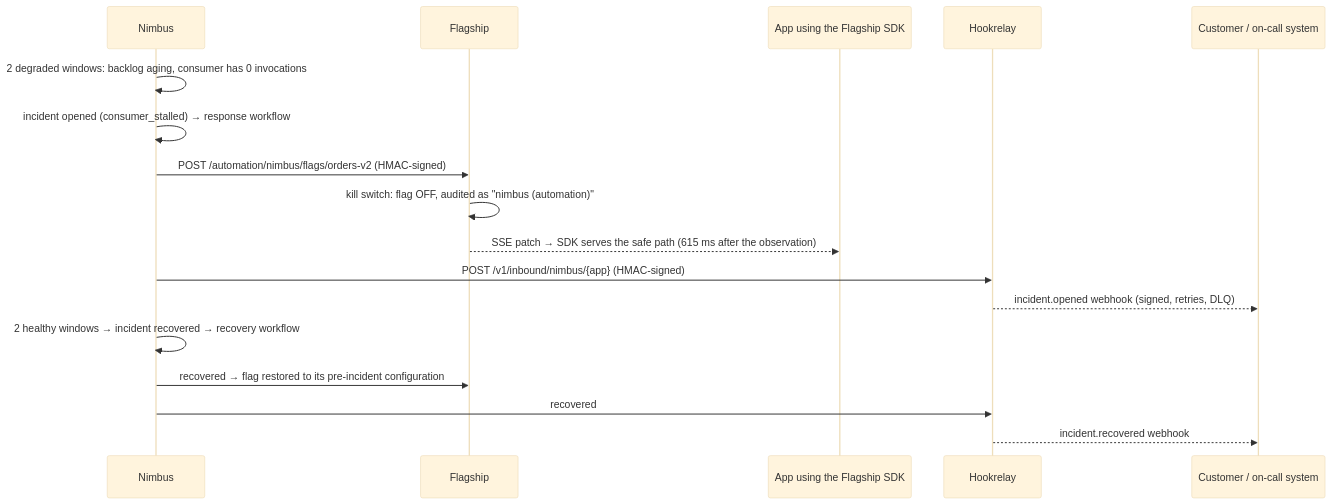
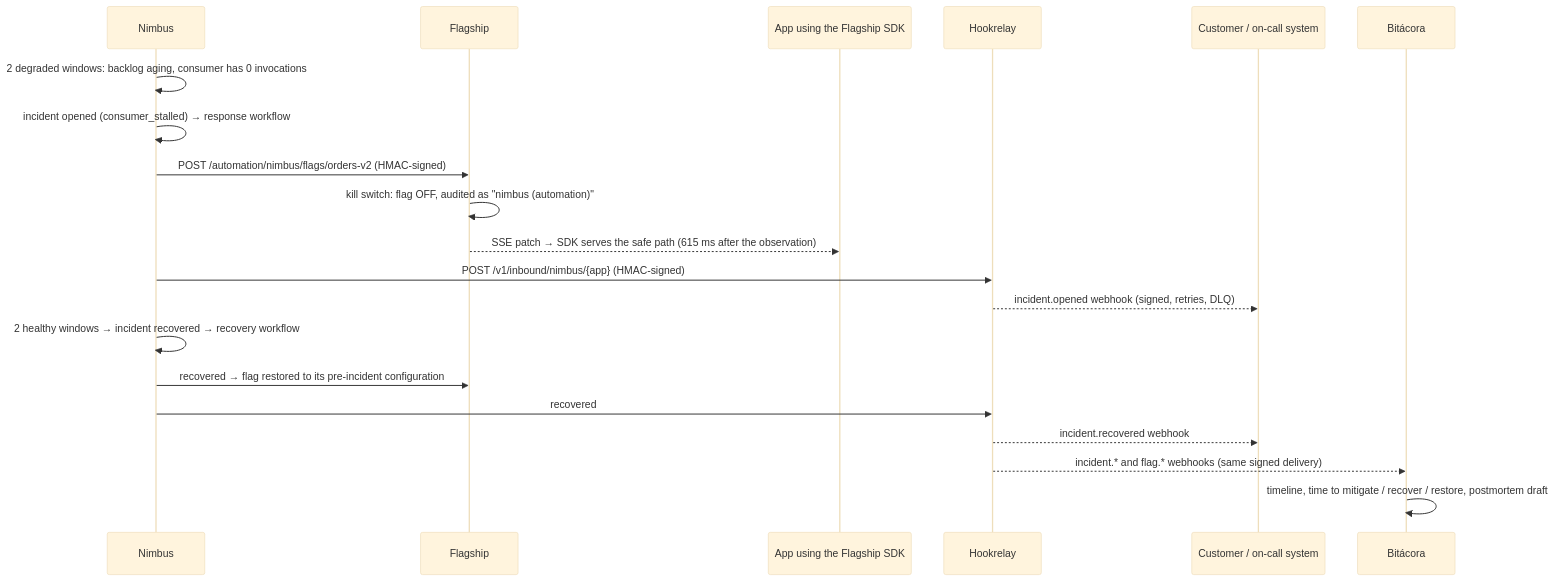
The diagram in README.md (DRTX2/atalaya), drawn with Mermaid (base theme) before and after one commit. The commit also changed other lines of this file and 6 other files, not shown here.

First line of the commit message:
Add Bitácora: the loop is now detect, mitigate, notify, recover, learn

````diff
--- a/README.md
+++ b/README.md
@@ -17,19 +18,22 @@
 ```mermaid
 sequenceDiagram
   participant N as Nimbus
   participant F as Flagship
   participant S as App using the Flagship SDK
   participant H as Hookrelay
   participant C as Customer / on-call system
   N->>N: 2 degraded windows: backlog aging, consumer has 0 invocations
   N->>N: incident opened (consumer_stalled) → response workflow
   N->>F: POST /automation/nimbus/flags/orders-v2 (HMAC-signed)
   F->>F: kill switch: flag OFF, audited as "nimbus (automation)"
   F-->>S: SSE patch → SDK serves the safe path (615 ms after the observation)
   N->>H: POST /v1/inbound/nimbus/{app} (HMAC-signed)
   H-->>C: incident.opened webhook (signed, retries, DLQ)
   N->>N: 2 healthy windows → incident recovered → recovery workflow
   N->>F: recovered → flag restored to its pre-incident configuration
   N->>H: recovered
   H-->>C: incident.recovered webhook
+  participant B as Bitácora
+  H-->>B: incident.* and flag.* webhooks (same signed delivery)
+  B->>B: timeline, time to mitigate / recover / restore, postmortem draft
 ```
````
